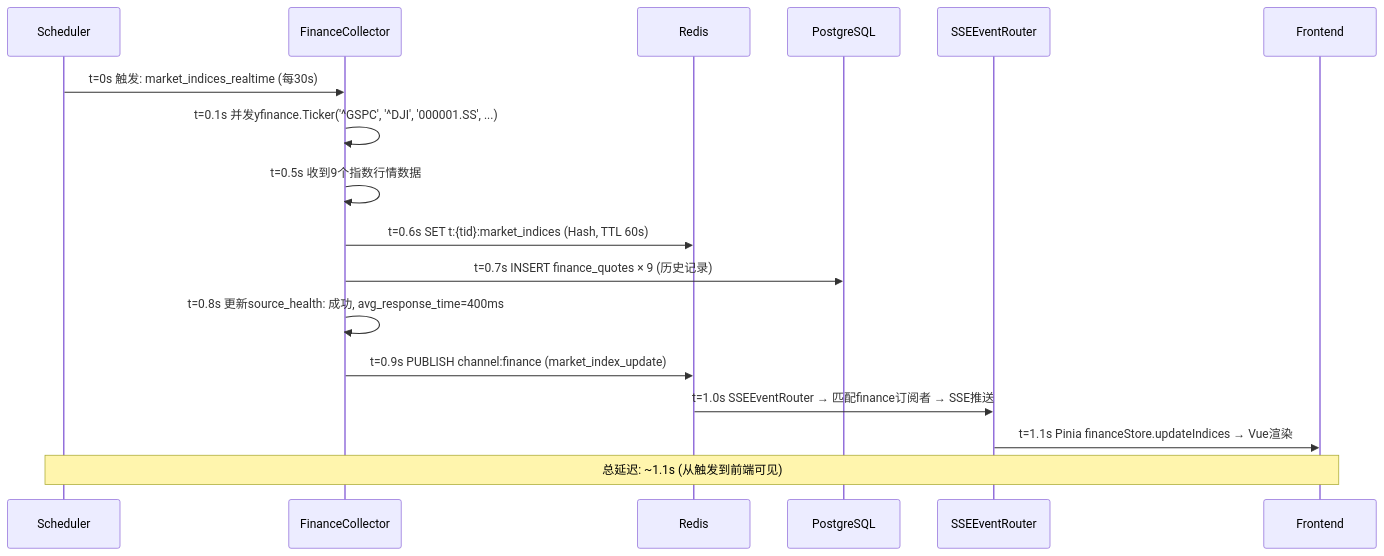
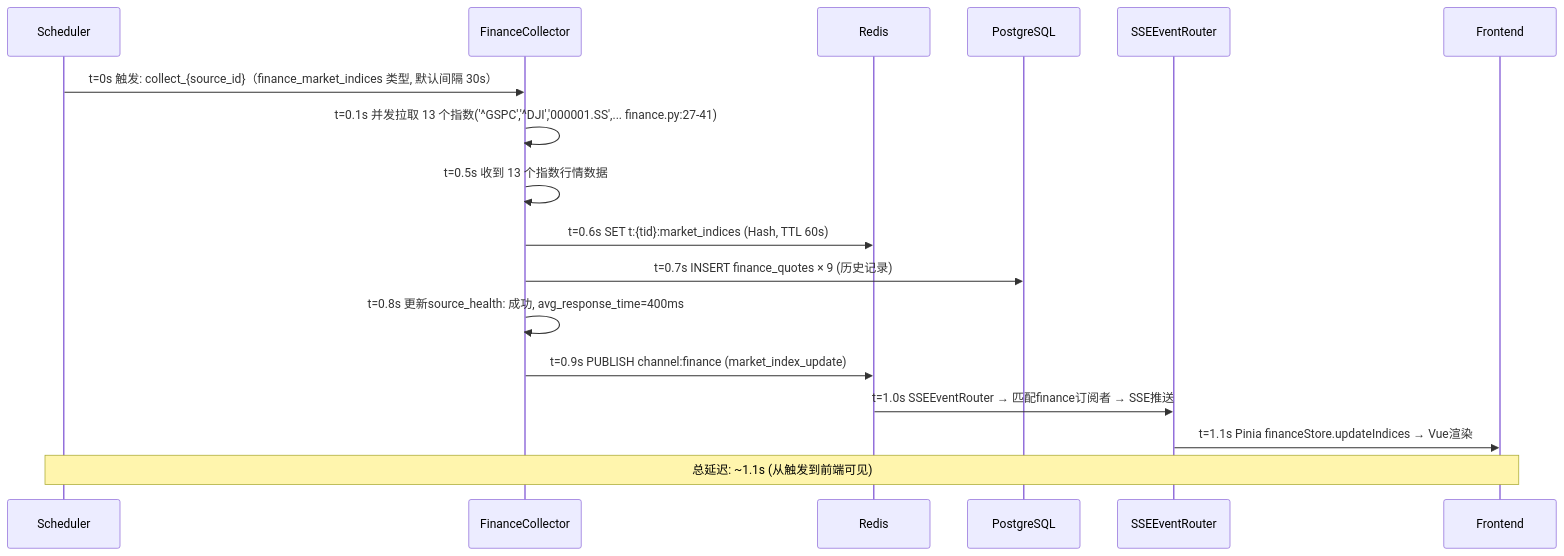
One commit to onceme/instantboard changed diagram 12 of 12 in docs/design/data-flow.md. Above: the diagram before and after it, drawn with Mermaid. The commit also changed other lines of this file and 14 other files, not shown here.

````diff
--- a/docs/design/data-flow.md
+++ b/docs/design/data-flow.md
@@ -652,21 +595,21 @@
 ```mermaid
 sequenceDiagram
     participant Scheduler
     participant FinanceCollector
     participant Redis
     participant PostgreSQL
     participant SSEEventRouter
     participant Frontend
 
-    Scheduler->>FinanceCollector: t=0s 触发: market_indices_realtime (每30s)
-    FinanceCollector->>FinanceCollector: t=0.1s 并发yfinance.Ticker('^GSPC', '^DJI', '000001.SS', ...)
-    FinanceCollector->>FinanceCollector: t=0.5s 收到9个指数行情数据
+    Scheduler->>FinanceCollector: t=0s 触发: collect_{source_id}（finance_market_indices 类型, 默认间隔 30s）
+    FinanceCollector->>FinanceCollector: t=0.1s 并发拉取 13 个指数('^GSPC','^DJI','000001.SS',... finance.py:27-41)
+    FinanceCollector->>FinanceCollector: t=0.5s 收到 13 个指数行情数据
     FinanceCollector->>Redis: t=0.6s SET t:{tid}:market_indices (Hash, TTL 60s)
     FinanceCollector->>PostgreSQL: t=0.7s INSERT finance_quotes × 9 (历史记录)
     FinanceCollector->>FinanceCollector: t=0.8s 更新source_health: 成功, avg_response_time=400ms
     FinanceCollector->>Redis: t=0.9s PUBLISH channel:finance (market_index_update)
     Redis->>SSEEventRouter: t=1.0s SSEEventRouter → 匹配finance订阅者 → SSE推送
     SSEEventRouter->>Frontend: t=1.1s Pinia financeStore.updateIndices → Vue渲染
 
     Note over Scheduler,Frontend: 总延迟: ~1.1s (从触发到前端可见)
 ```
````
